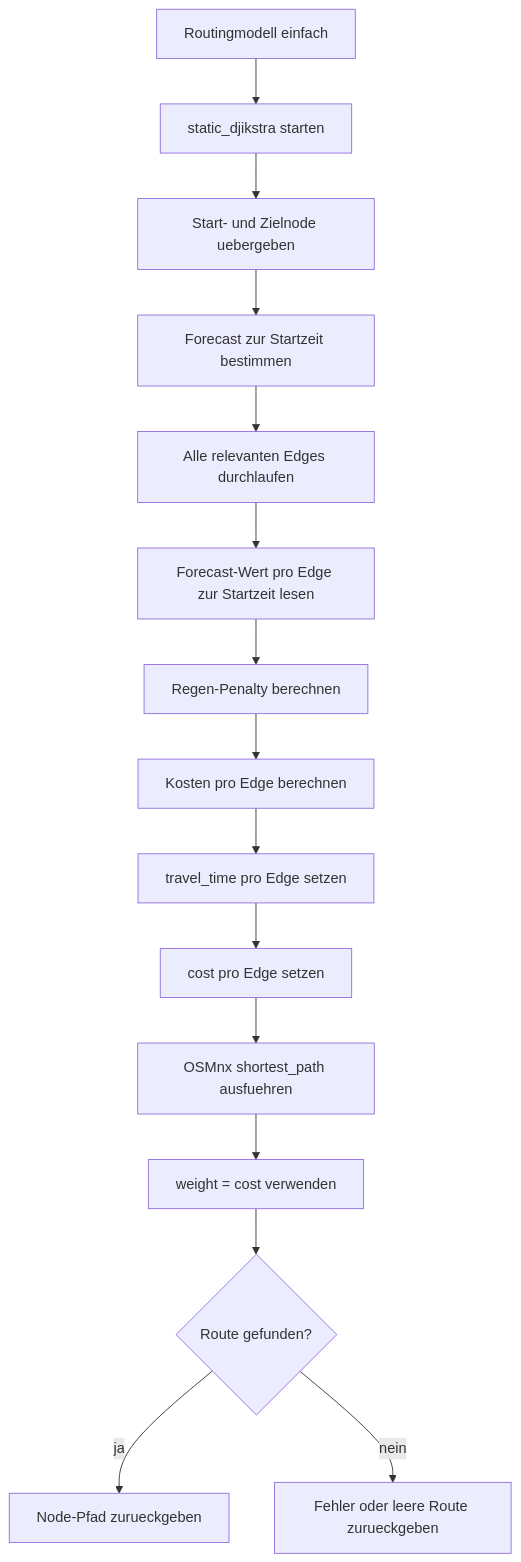
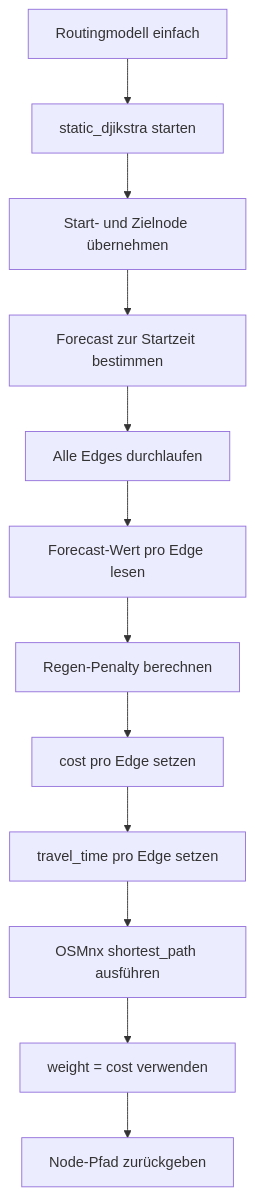
One commit to VPGIS/WetterRoutingApp changed the first of 2 diagrams in docs/routing.md. Above: the diagram before and after it, drawn with Mermaid. The commit also changed other lines of this file and 11 other files, not shown here.

````diff
--- a/docs/routing.md
+++ b/docs/routing.md
@@ -64,17 +87,14 @@
 ```mermaid
 flowchart TD
     A[Routingmodell einfach] --> B[static_djikstra starten]
-    B --> C[Start- und Zielnode uebergeben]
+    B --> C[Start- und Zielnode übernehmen]
     C --> D[Forecast zur Startzeit bestimmen]
-    D --> E[Alle relevanten Edges durchlaufen]
-    E --> F[Forecast-Wert pro Edge zur Startzeit lesen]
+    D --> E[Alle Edges durchlaufen]
+    E --> F[Forecast-Wert pro Edge lesen]
     F --> G[Regen-Penalty berechnen]
-    G --> H[Kosten pro Edge berechnen]
+    G --> H[cost pro Edge setzen]
     H --> I[travel_time pro Edge setzen]
-    I --> J[cost pro Edge setzen]
-    J --> K[OSMnx shortest_path ausfuehren]
-    K --> L[weight = cost verwenden]
-    L --> M{Route gefunden?}
-    M -- ja --> N[Node-Pfad zurueckgeben]
-    M -- nein --> O[Fehler oder leere Route zurueckgeben]
+    I --> J[OSMnx shortest_path ausführen]
+    J --> K[weight = cost verwenden]
+    K --> L[Node-Pfad zurückgeben]
 ```
````
